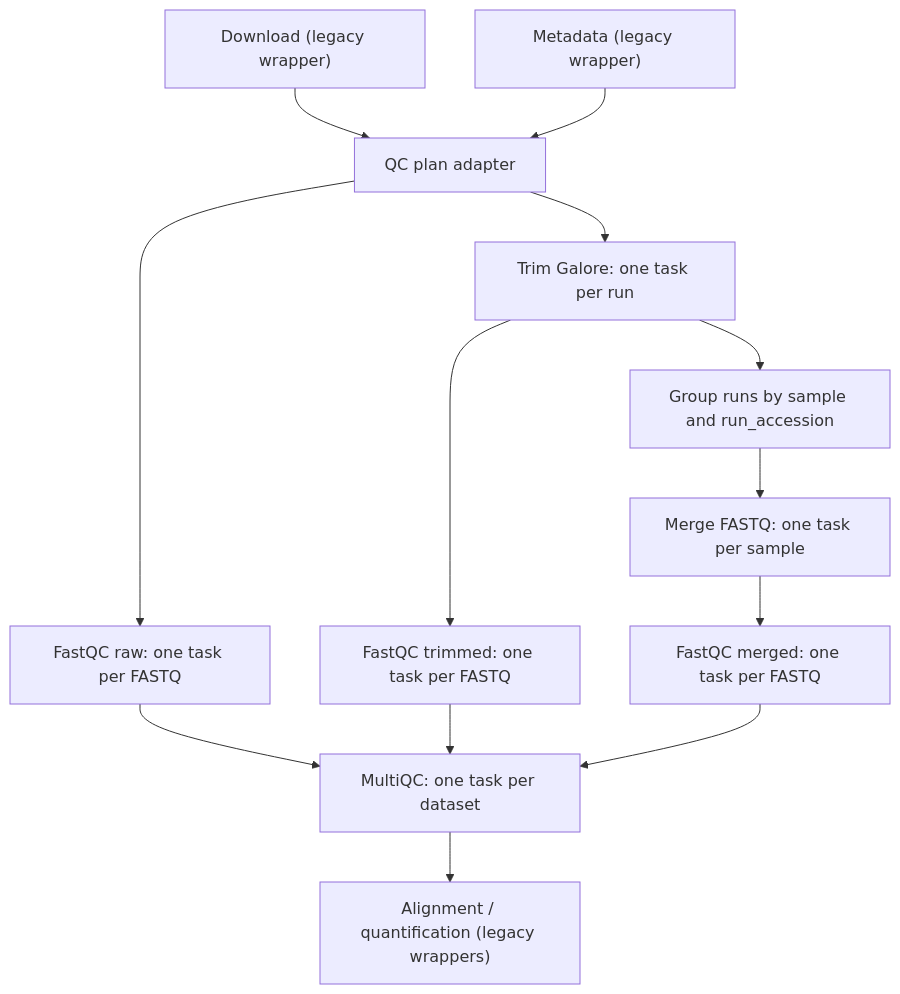
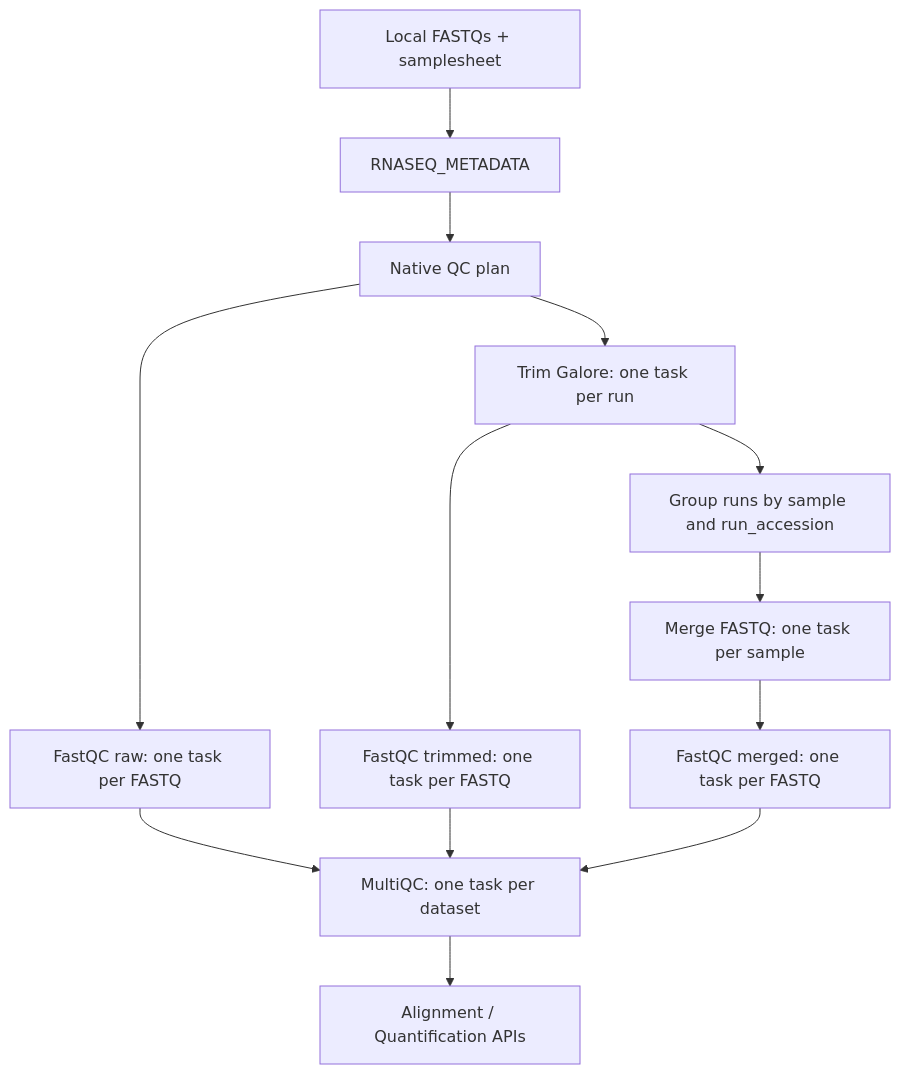
One commit to GMiguelAlves/HelixForge changed the diagram in docs/native-rnaseq-qc.md. Above: the diagram before and after it, drawn with Mermaid. The commit also changed other lines of this file and 8 other files, not shown here.

````diff
--- a/docs/native-rnaseq-qc.md
+++ b/docs/native-rnaseq-qc.md
@@ -9,15 +9,15 @@
 ```mermaid
 flowchart TD
-    D["Download (legacy wrapper)"] --> P["QC plan adapter"]
-    M["Metadata (legacy wrapper)"] --> P
+    I["Local FASTQs + samplesheet"] --> M["RNASEQ_METADATA"]
+    M --> P["Native QC plan"]
     P --> FR["FastQC raw: one task per FASTQ"]
     P --> T["Trim Galore: one task per run"]
     T --> FT["FastQC trimmed: one task per FASTQ"]
     T --> G["Group runs by sample and run_accession"]
     G --> MG["Merge FASTQ: one task per sample"]
     MG --> FM["FastQC merged: one task per FASTQ"]
     FR --> MQ["MultiQC: one task per dataset"]
     FT --> MQ
     FM --> MQ
-    MQ --> A["Alignment / quantification (legacy wrappers)"]
+    MQ --> A["Alignment / Quantification APIs"]
 ```
````
